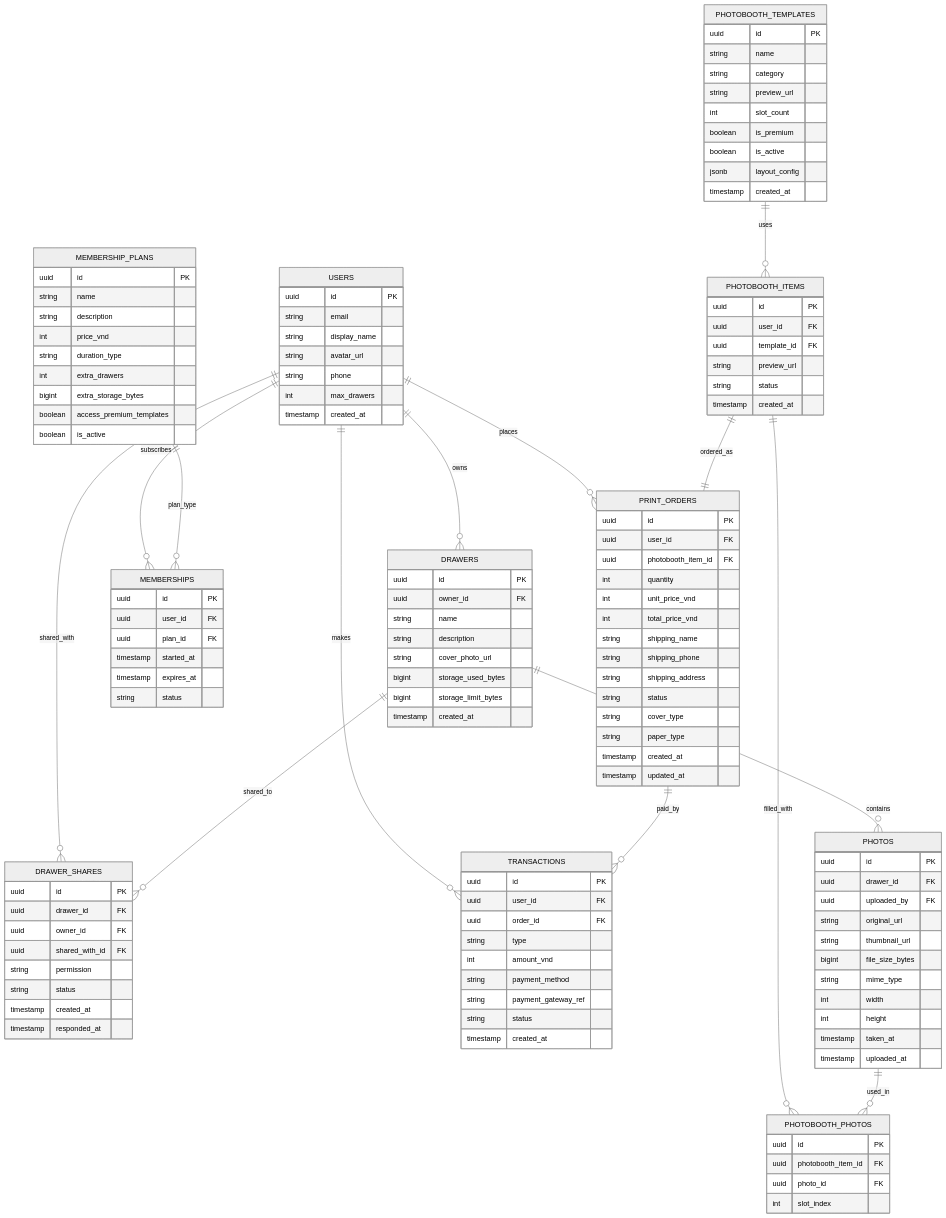
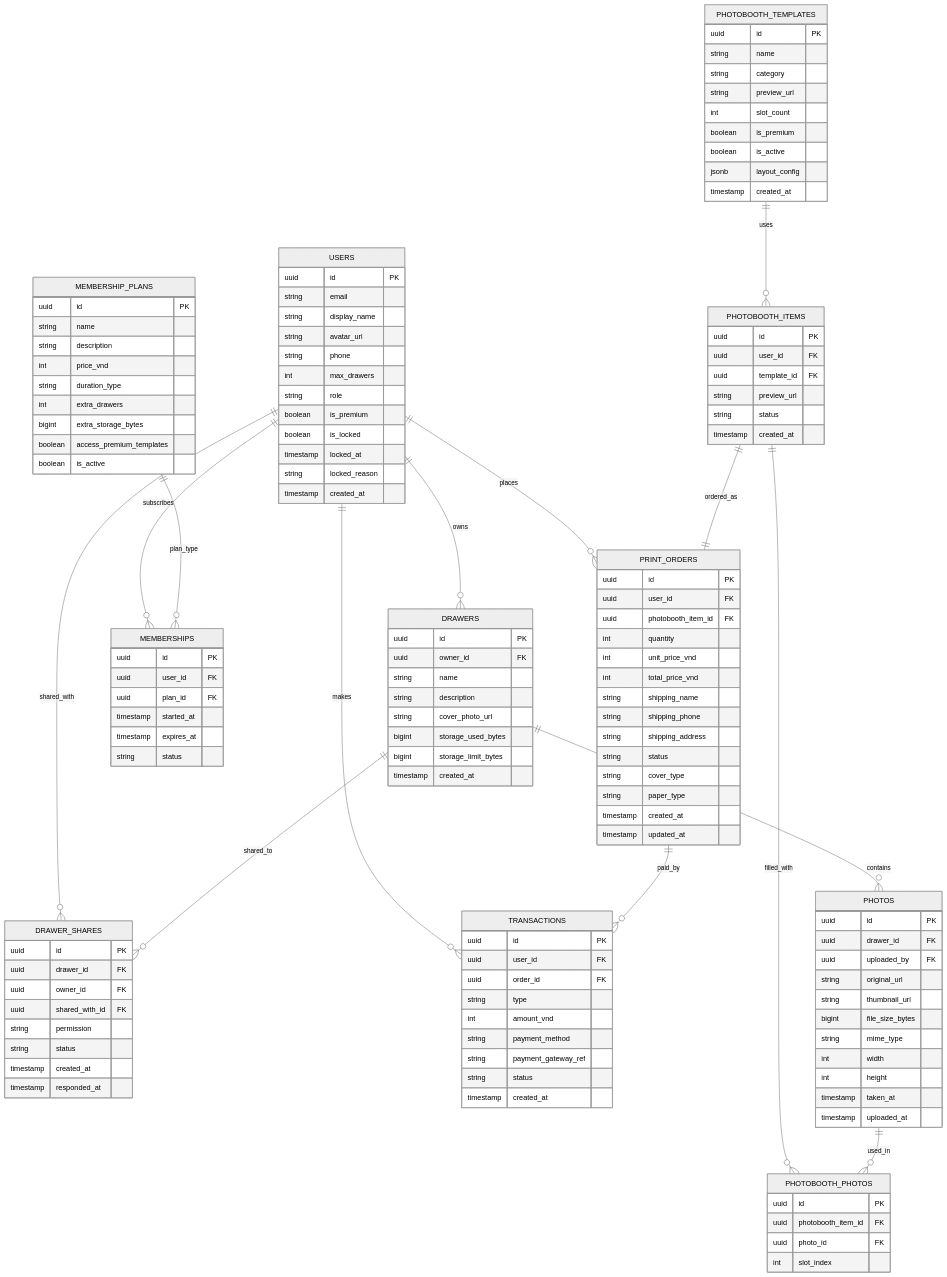
Before and after one commit to ZenithGn/Pause: the diagram in docs/03-References/db-schema.md, drawn with Mermaid (neutral theme). The commit also changed other lines of this file and 3 other files, not shown here.

```diff
--- a/docs/03-References/db-schema.md
+++ b/docs/03-References/db-schema.md
@@ -32,6 +32,11 @@
         string avatar_url
         string phone
         int max_drawers
+        string role
+        boolean is_premium
+        boolean is_locked
+        timestamp locked_at
+        string locked_reason
         timestamp created_at
     }
 
```
